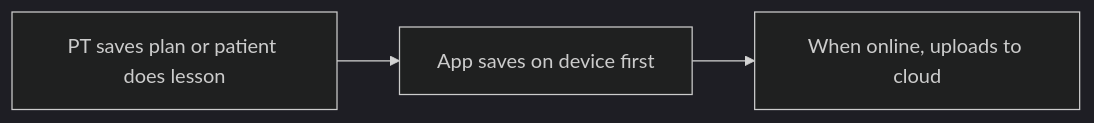
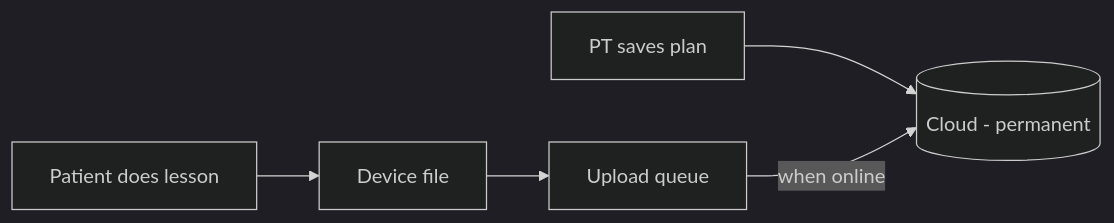
Before and after one commit to seanja5/realrehab-mvp: the second of 7 diagrams in docs/DATA_STORY_PRESENTATION.md, drawn with Mermaid (dark theme). The commit also changed other lines of this file, not shown here.

Commit message:
Clarify storage in presentation: cloud vs cache vs device file vs queue

````diff
--- a/docs/DATA_STORY_PRESENTATION.md
+++ b/docs/DATA_STORY_PRESENTATION.md
@@ -37,5 +38,7 @@
 ```mermaid
 flowchart LR
-    A[PT saves plan or patient does lesson] --> B[App saves on device first]
-    B --> C[When online, uploads to cloud]
+    A[PT saves plan] --> B[(Cloud - permanent)]
+    A2[Patient does lesson] --> C[Device file]
+    C --> D[Upload queue]
+    D -->|when online| B
 ```
````
